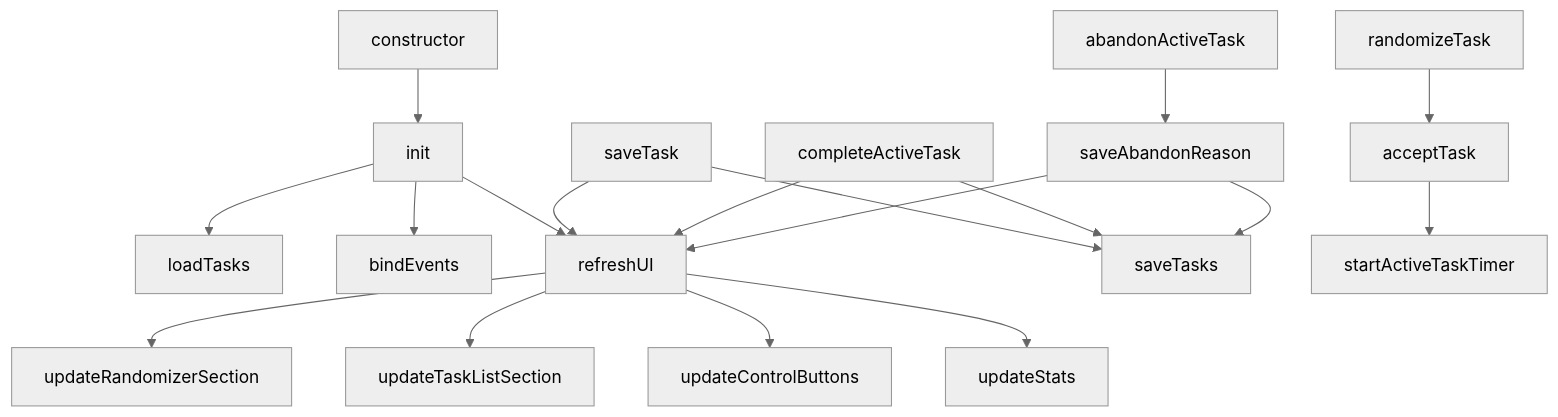
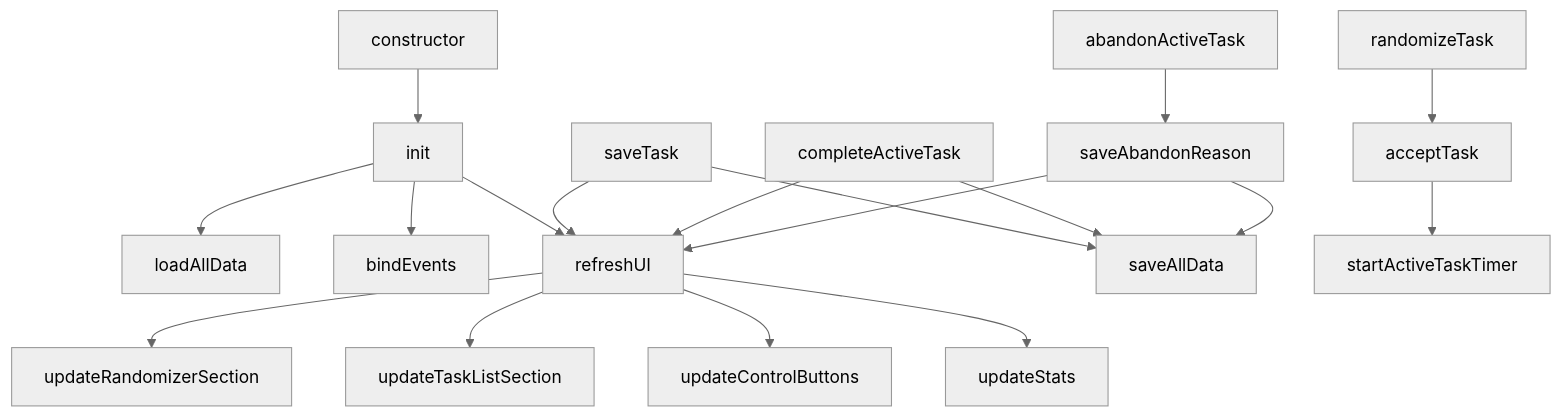
The first of 6 diagrams in docs/method-call-graph.md (hamburger1984/do-this.today), drawn with Mermaid (neutral theme) before and after one commit. The commit also changed other lines of this file, not shown here.

Commit message:
Fix remaining old method references in method-call-graph.md
- Update loadTasks references to loadAllData in diagrams
- Update saveTasks references to saveAllData in diagrams
- Ensure all method references match current implementation

````diff
--- a/docs/method-call-graph.md
+++ b/docs/method-call-graph.md
@@ -7,25 +7,25 @@
 ```mermaid
 graph TD
     A[constructor] --> B[init]
-    B --> C[loadTasks]
+    B --> C[loadAllData]
     B --> D[bindEvents]
     B --> E[refreshUI]
     
     E --> F[updateRandomizerSection]
     E --> G[updateTaskListSection] 
     E --> H[updateControlButtons]
     E --> I[updateStats]
     
-    J[saveTask] --> K[saveTasks]
+    J[saveTask] --> K[saveAllData]
     J --> E
     
     L[randomizeTask] --> M[acceptTask]
     M --> N[startActiveTaskTimer]
     
     O[completeActiveTask] --> K
     O --> E
     
     P[abandonActiveTask] --> Q[saveAbandonReason]
     Q --> K
     Q --> E
 ```
````
